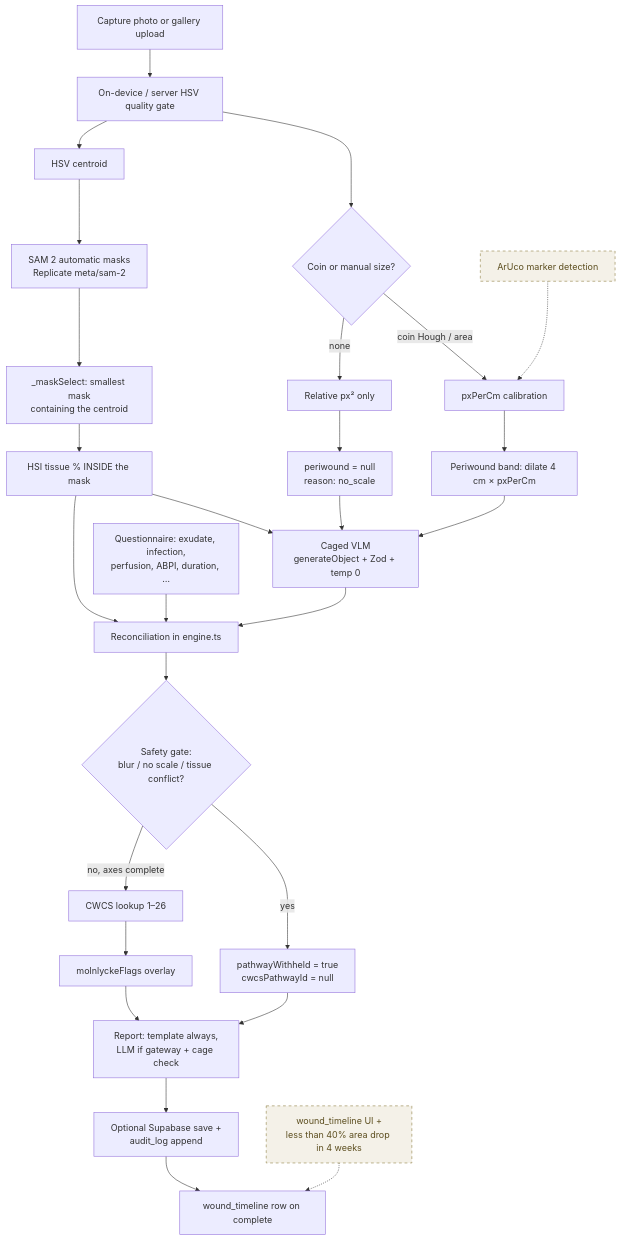
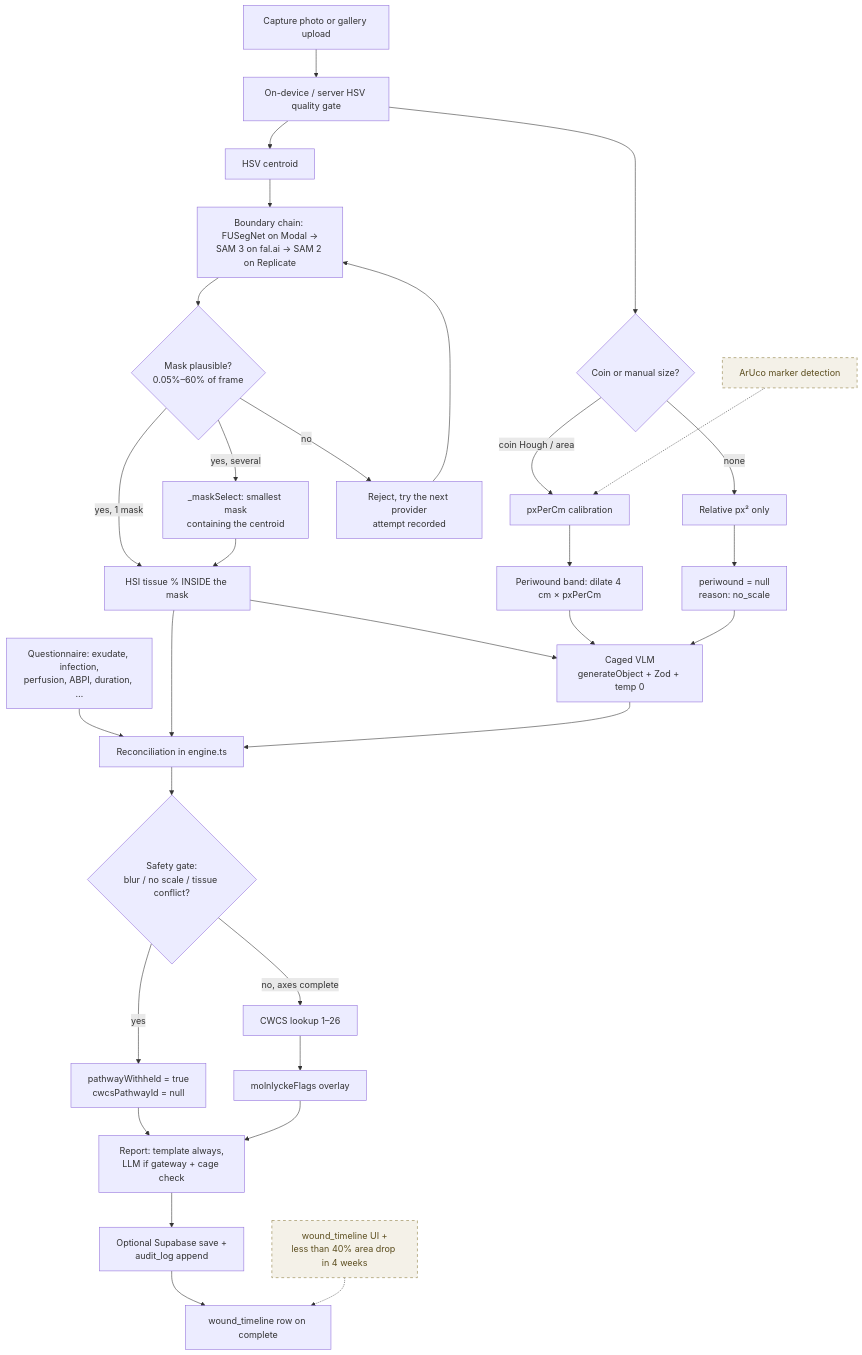
Before and after one commit to minesh16/woundcare-test: the diagram in docs-site/src/content/docs/architecture/pipeline.md, drawn with Mermaid. The commit also changed other lines of this file and 33 other files, not shown here.

First line of the commit message:
feat(segment): FUSegNet on Modal + SAM 3 on fal.ai as a provider chain

````diff
--- a/docs-site/src/content/docs/architecture/pipeline.md
+++ b/docs-site/src/content/docs/architecture/pipeline.md
@@ -18,32 +18,36 @@
 ```mermaid
 flowchart TD
   A[Capture photo or gallery upload] --> B[On-device / server HSV quality gate]
   B --> C{Coin or manual size?}
   C -->|coin Hough / area| D[pxPerCm calibration]
   C -->|none| E[Relative px² only]
   B --> F[HSV centroid]
-  F --> G[SAM 2 automatic masks\nReplicate meta/sam-2]
-  G --> H[_maskSelect: smallest mask\ncontaining the centroid]
-  H --> I[HSI tissue % INSIDE the mask]
+  F --> G[Boundary chain: FUSegNet on Modal →\nSAM 3 on fal.ai → SAM 2 on Replicate]
+  G --> G2{Mask plausible?\n0.05%–60% of frame}
+  G2 -->|no| G3[Reject, try the next provider\nattempt recorded]
+  G3 --> G
+  G2 -->|yes, 1 mask| I[HSI tissue % INSIDE the mask]
+  G2 -->|yes, several| H[_maskSelect: smallest mask\ncontaining the centroid]
+  H --> I
   D --> J[Periwound band: dilate 4 cm × pxPerCm]
   E --> K[periwound = null\nreason: no_scale]
   I --> L[Caged VLM\ngenerateObject + Zod + temp 0]
   J --> L
   K --> L
   Q[Questionnaire: exudate, infection,\nperfusion, ABPI, duration, …] --> M[Reconciliation in engine.ts]
   I --> M
   L --> M
   M --> N{Safety gate:\nblur / no scale / tissue conflict?}
   N -->|yes| O[pathwayWithheld = true\ncwcsPathwayId = null]
   N -->|no, axes complete| P[CWCS lookup 1–26]
   P --> R[molnlyckeFlags overlay]
   O --> S[Report: template always,\nLLM if gateway + cage check]
   R --> S
   S --> T[Optional Supabase save +\naudit_log append]
   T --> U[wound_timeline row on complete]
   V[wound_timeline UI +\nless than 40% area drop in 4 weeks] -.-> U
   W[ArUco marker detection] -.-> D
 
   classDef planned stroke-dasharray: 5 5, fill:#f4f1e8, stroke:#8a7a3c, color:#5c4e1f
   class V,W planned
 ```
````
